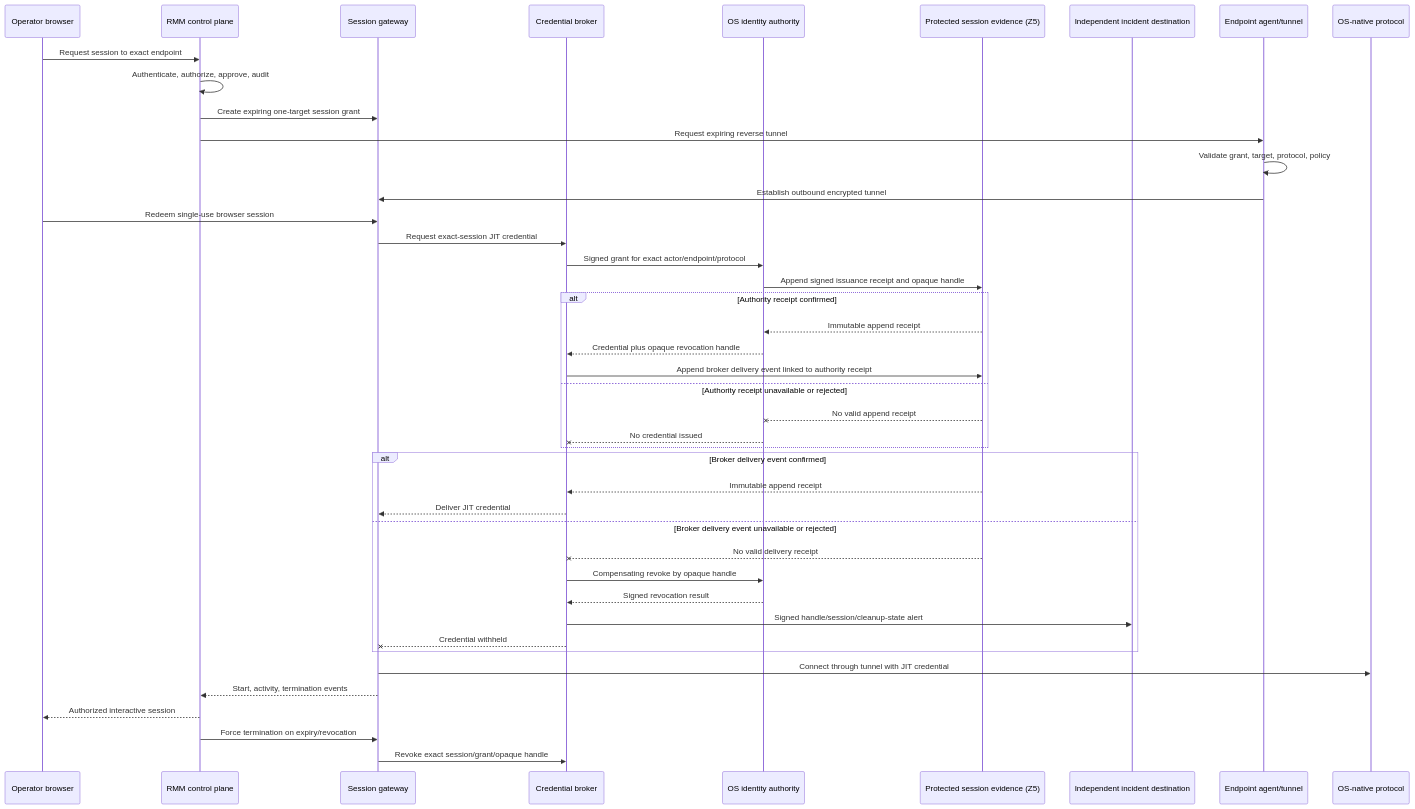
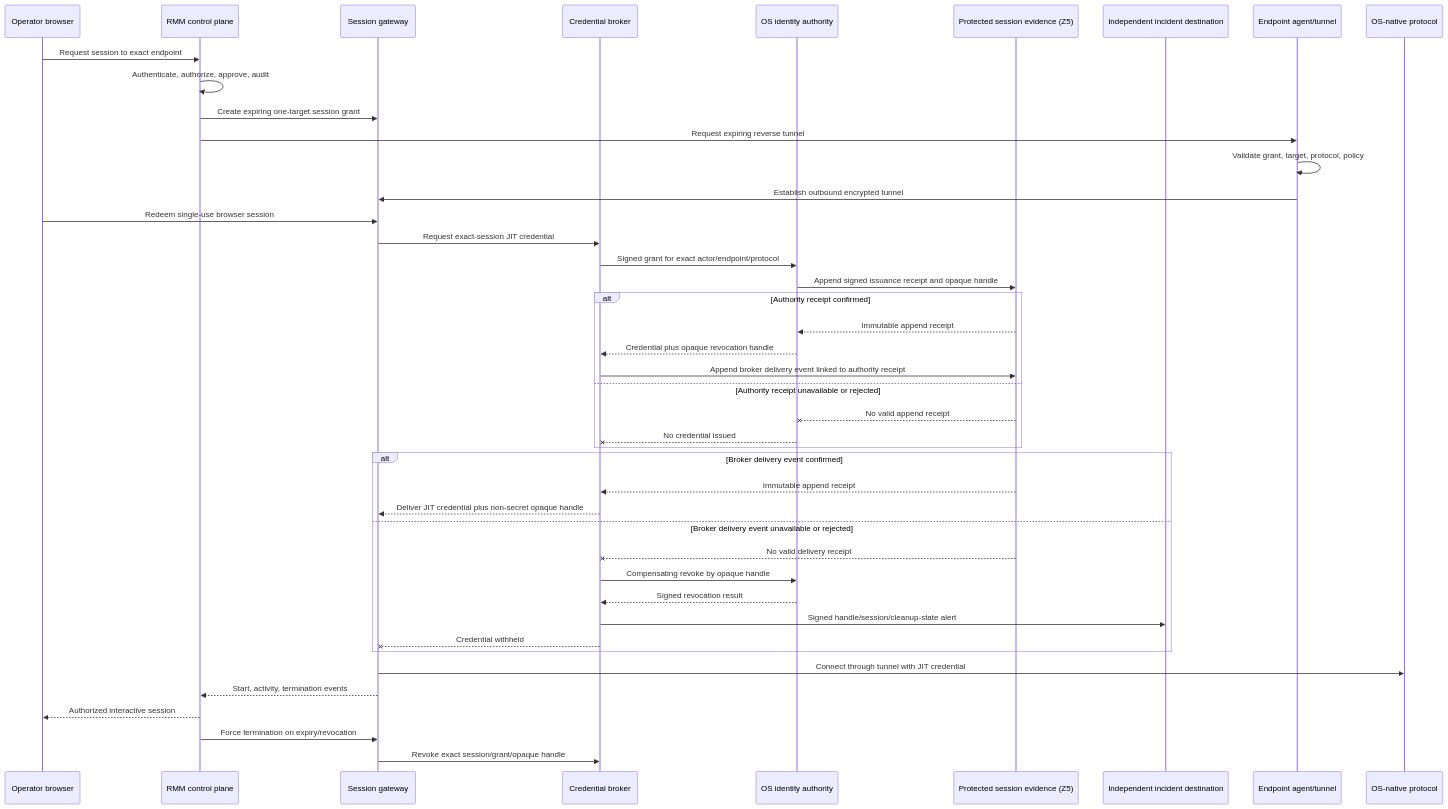
The diagram in docs/architecture/REMOTE_ACCESS.md (Beowxlf/northgate-rmm), drawn with Mermaid before and after one commit. The commit also changed 2 other files, not shown here.

Commit message:
Make update status enforcement explicit

````diff
--- a/docs/architecture/REMOTE_ACCESS.md
+++ b/docs/architecture/REMOTE_ACCESS.md
@@ -24,45 +24,45 @@
 ```mermaid
 sequenceDiagram
   participant O as Operator browser
   participant C as RMM control plane
   participant G as Session gateway
   participant B as Credential broker
   participant I as OS identity authority
   participant E as Protected session evidence (Z5)
   participant X as Independent incident destination
   participant A as Endpoint agent/tunnel
   participant P as OS-native protocol
   O->>C: Request session to exact endpoint
   C->>C: Authenticate, authorize, approve, audit
   C->>G: Create expiring one-target session grant
   C->>A: Request expiring reverse tunnel
   A->>A: Validate grant, target, protocol, policy
   A->>G: Establish outbound encrypted tunnel
   O->>G: Redeem single-use browser session
   G->>B: Request exact-session JIT credential
   B->>I: Signed grant for exact actor/endpoint/protocol
   I->>E: Append signed issuance receipt and opaque handle
   alt Authority receipt confirmed
     E-->>I: Immutable append receipt
     I-->>B: Credential plus opaque revocation handle
     B->>E: Append broker delivery event linked to authority receipt
   else Authority receipt unavailable or rejected
     E--xI: No valid append receipt
     I--xB: No credential issued
   end
   alt Broker delivery event confirmed
     E-->>B: Immutable append receipt
-    B-->>G: Deliver JIT credential
+    B-->>G: Deliver JIT credential plus non-secret opaque handle
   else Broker delivery event unavailable or rejected
     E--xB: No valid delivery receipt
     B->>I: Compensating revoke by opaque handle
     I-->>B: Signed revocation result
     B->>X: Signed handle/session/cleanup-state alert
     B--xG: Credential withheld
   end
   G->>P: Connect through tunnel with JIT credential
   G-->>C: Start, activity, termination events
   C-->>O: Authorized interactive session
   C->>G: Force termination on expiry/revocation
   G->>B: Revoke exact session/grant/opaque handle
 ```
````
